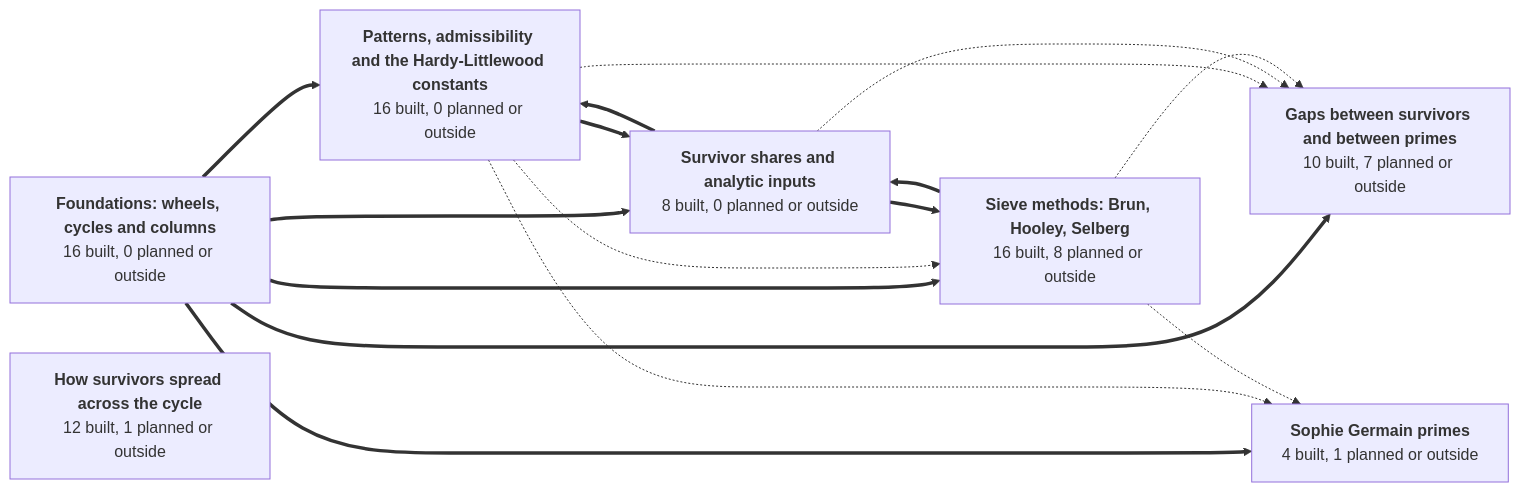
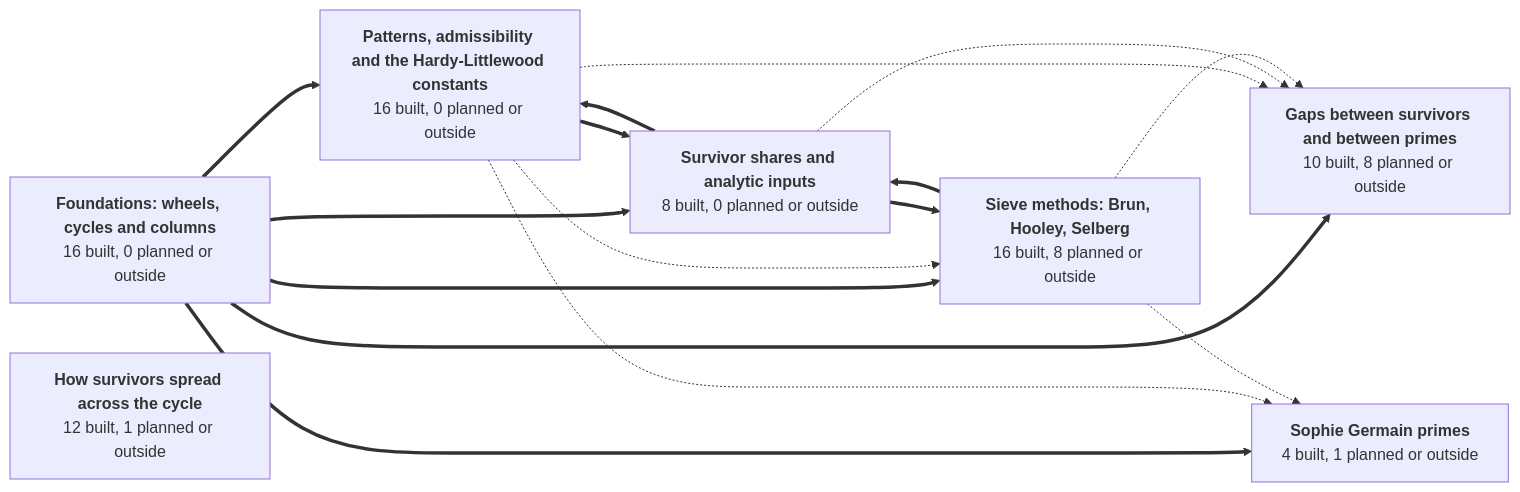
Before and after one commit to golfbum71/RNS-Sieve-Network: the first of 8 diagrams in GRAPH.md, drawn with Mermaid. The commit also changed other lines of this file and 12 other files, not shown here.

````diff
--- a/GRAPH.md
+++ b/GRAPH.md
@@ -45,32 +45,32 @@
 ```mermaid
 graph LR
   g1["<b>Foundations: wheels, cycles and columns</b><br/>16 built, 0 planned or outside"]
   g2["<b>Patterns, admissibility and the Hardy-Littlewood constants</b><br/>16 built, 0 planned or outside"]
   g3["<b>How survivors spread across the cycle</b><br/>12 built, 1 planned or outside"]
-  g4["<b>Gaps between survivors and between primes</b><br/>10 built, 7 planned or outside"]
+  g4["<b>Gaps between survivors and between primes</b><br/>10 built, 8 planned or outside"]
   g5["<b>Sophie Germain primes</b><br/>4 built, 1 planned or outside"]
   g6["<b>Survivor shares and analytic inputs</b><br/>8 built, 0 planned or outside"]
   g7["<b>Sieve methods: Brun, Hooley, Selberg</b><br/>16 built, 8 planned or outside"]
   g1 ==> g2
   g1 ==> g4
   g1 ==> g5
   g1 ==> g6
   g1 ==> g7
   g2 -.-> g4
   g2 -.-> g5
   g2 ==> g6
   g2 -.-> g7
   g6 ==> g2
   g6 -.-> g4
   g6 ==> g7
   g7 -.-> g4
   g7 -.-> g5
   g7 ==> g6
   click g1 href "https://github.com/golfbum71/RNS-Sieve-Network/blob/main/GRAPH.md#foundations-wheels-cycles-and-columns" _self
   click g2 href "https://github.com/golfbum71/RNS-Sieve-Network/blob/main/GRAPH.md#patterns-admissibility-and-the-hardy-littlewood-constants" _self
   click g3 href "https://github.com/golfbum71/RNS-Sieve-Network/blob/main/GRAPH.md#how-survivors-spread-across-the-cycle" _self
   click g4 href "https://github.com/golfbum71/RNS-Sieve-Network/blob/main/GRAPH.md#gaps-between-survivors-and-between-primes" _self
   click g5 href "https://github.com/golfbum71/RNS-Sieve-Network/blob/main/GRAPH.md#sophie-germain-primes" _self
   click g6 href "https://github.com/golfbum71/RNS-Sieve-Network/blob/main/GRAPH.md#survivor-shares-and-analytic-inputs" _self
   click g7 href "https://github.com/golfbum71/RNS-Sieve-Network/blob/main/GRAPH.md#sieve-methods-brun-hooley-selberg" _self
 ```
````
